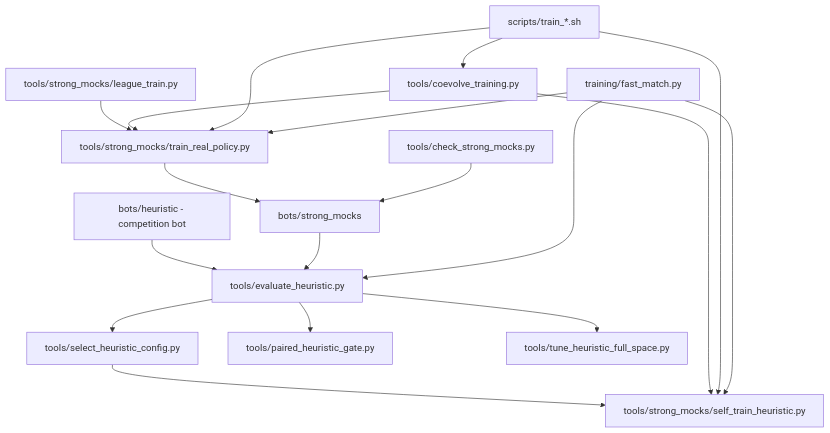
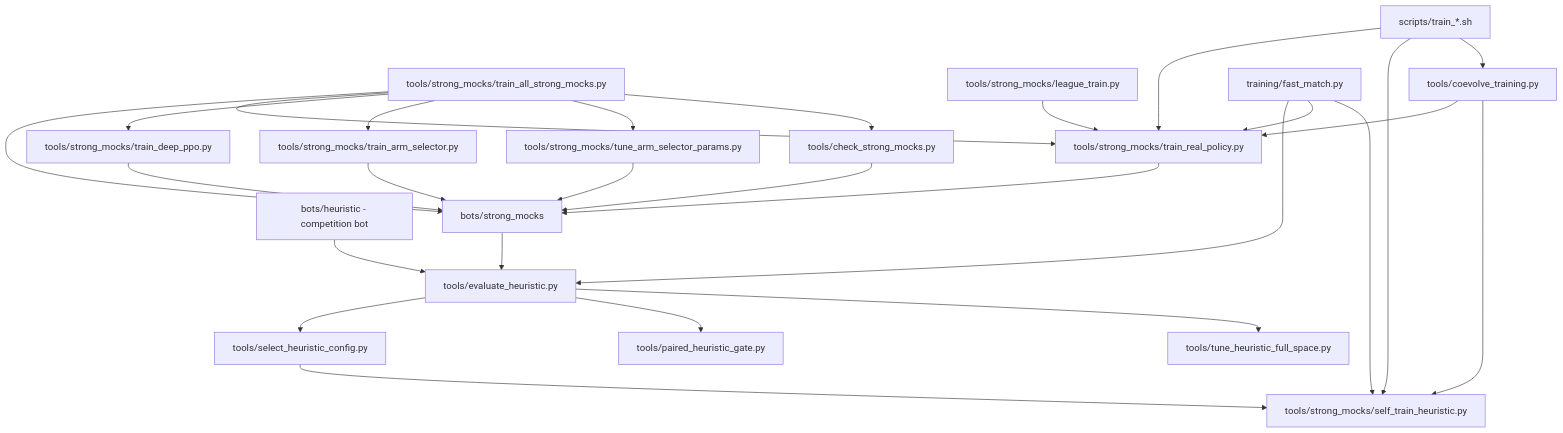
One commit to kosunghun317/fullhouse-engine changed the first of 2 diagrams in docs/training-pipelines.md. Above: the diagram before and after it, drawn with Mermaid. The commit also changed other lines of this file and 3 other files, not shown here.

Commit message:
Document all strong mock training workflow

````diff
--- a/docs/training-pipelines.md
+++ b/docs/training-pipelines.md
@@ -20,23 +20,32 @@
 ```mermaid
 graph TD
     Heuristic["bots/heuristic - competition bot"] --> Eval["tools/evaluate_heuristic.py"]
     Eval --> Select["tools/select_heuristic_config.py"]
     Eval --> PairedGate["tools/paired_heuristic_gate.py"]
     Eval --> FullTune["tools/tune_heuristic_full_space.py"]
     Select --> HeurSelf["tools/strong_mocks/self_train_heuristic.py"]
 
     StrongMocks["bots/strong_mocks"] --> Eval
+    AllStrong["tools/strong_mocks/train_all_strong_mocks.py"] --> StrongMocks
     RealTrain["tools/strong_mocks/train_real_policy.py"] --> StrongMocks
+    DeepTrain["tools/strong_mocks/train_deep_ppo.py"] --> StrongMocks
+    ArmTrain["tools/strong_mocks/train_arm_selector.py"] --> StrongMocks
+    ArmTune["tools/strong_mocks/tune_arm_selector_params.py"] --> StrongMocks
     StrongGate["tools/check_strong_mocks.py"] --> StrongMocks
+    AllStrong --> RealTrain
+    AllStrong --> DeepTrain
+    AllStrong --> ArmTrain
+    AllStrong --> ArmTune
+    AllStrong --> StrongGate
     League["tools/strong_mocks/league_train.py"] --> RealTrain
     Coevolve["tools/coevolve_training.py"] --> RealTrain
     Coevolve --> HeurSelf
 
     Scripts["scripts/train_*.sh"] --> RealTrain
     Scripts --> HeurSelf
     Scripts --> Coevolve
 
     FastRunner["training/fast_match.py"] --> Eval
     FastRunner --> RealTrain
     FastRunner --> HeurSelf
 ```
````
